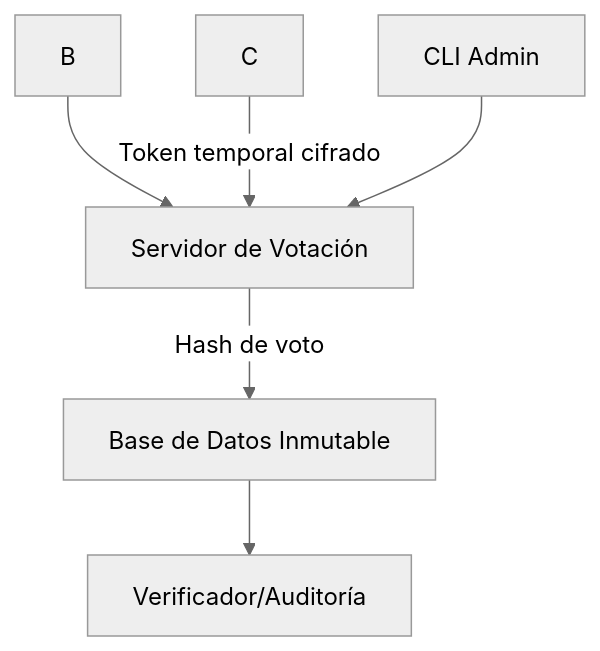
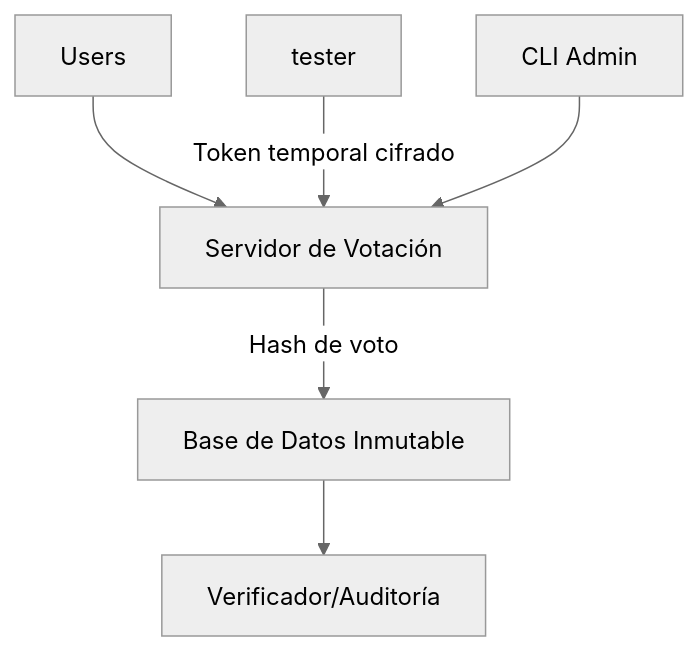
One commit to 0xleonz/collectiveVote changed the diagram in README.md. Above: the diagram before and after it, drawn with Mermaid (neutral theme).

Commit message:
TC: (1 archivos modificados)
Modificaciones:
- Modificado: README.md

````diff
--- a/README.md
+++ b/README.md
@@ -15,8 +15,8 @@
 ```mermaid
 graph TD
-    B --> D[Servidor de Votación]
-    C -->|Token temporal cifrado| D
+    B[Users] --> D[Servidor de Votación]
+    C[tester] -->|Token temporal cifrado| D
     D -->|Hash de voto| E[Base de Datos Inmutable]
     E --> F[Verificador/Auditoría]
     G[CLI Admin] --> D
 ```
````
